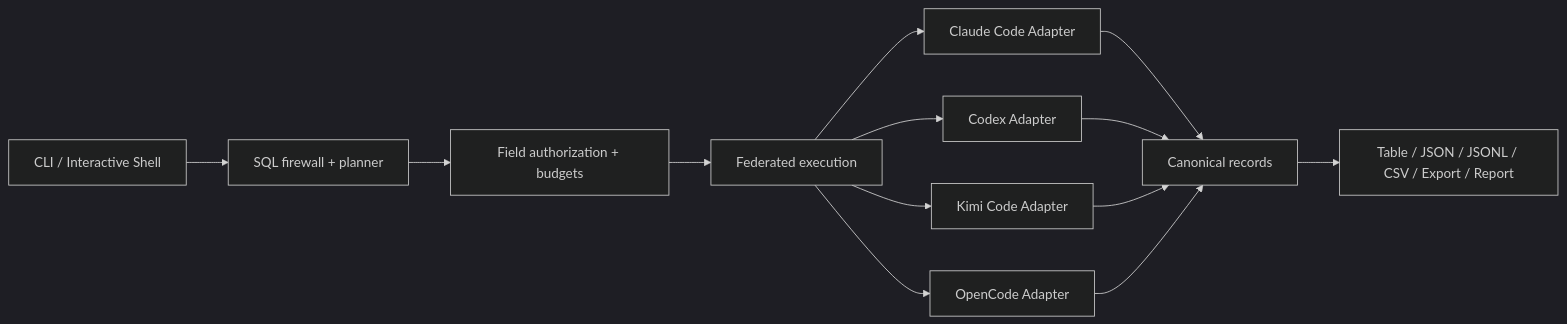
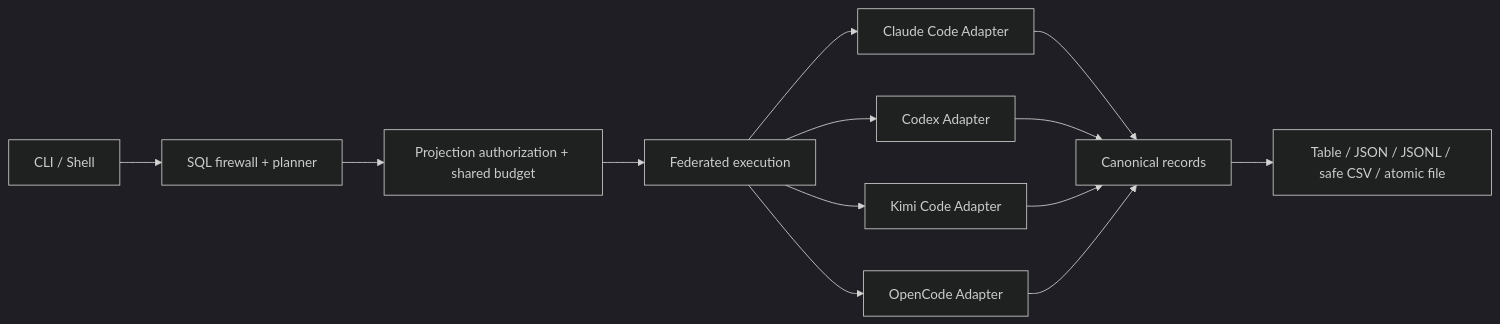
Before and after one commit to jianchang56/aql: the diagram in docs/architecture.md, drawn with Mermaid (dark theme). The commit also changed other lines of this file and 20 other files, not shown here.

````diff
--- a/docs/architecture.md
+++ b/docs/architecture.md
@@ -5,15 +5,15 @@
 ```mermaid
 flowchart LR
-    CLI["CLI / Interactive Shell"] --> SQL["SQL firewall + planner"]
-    SQL --> AUTH["Field authorization + budgets"]
+    CLI["CLI / Shell"] --> SQL["SQL firewall + planner"]
+    SQL --> AUTH["Projection authorization + shared budget"]
     AUTH --> FED["Federated execution"]
     FED --> L["Claude Code Adapter"]
     FED --> C["Codex Adapter"]
     FED --> K["Kimi Code Adapter"]
     FED --> O["OpenCode Adapter"]
     L --> MODEL["Canonical records"]
     C --> MODEL
     K --> MODEL
     O --> MODEL
-    MODEL --> OUT["Table / JSON / JSONL / CSV / Export / Report"]
+    MODEL --> OUT["Table / JSON / JSONL / safe CSV / atomic file"]
 ```
````
